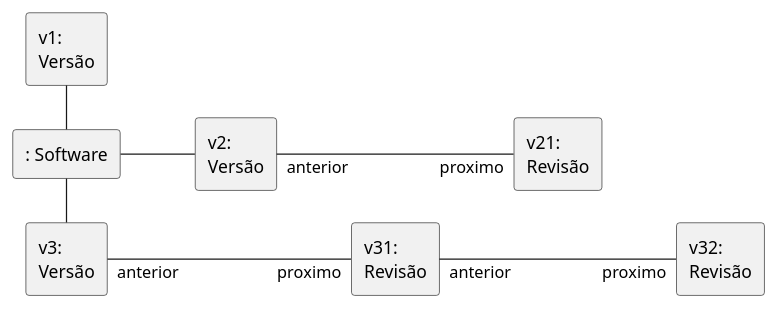
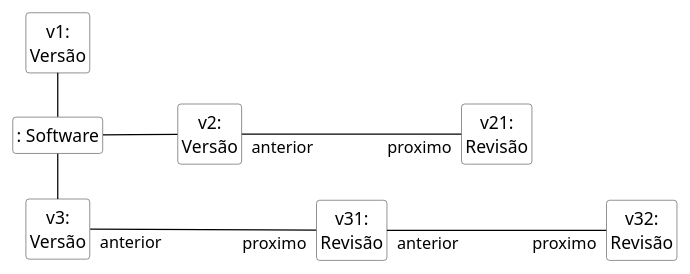
The diagram in imagens/modelos-07/mod07ima09/mod07ima09.plantuml (kyriosdata/oo), drawn with PlantUML before and after one commit. The commit also changed 4 other files, not shown here.

```diff
--- a/imagens/modelos-07/mod07ima09/mod07ima09.plantuml
+++ b/imagens/modelos-07/mod07ima09/mod07ima09.plantuml
@@ -1,16 +1,25 @@
 @startuml mod07ima09
-rectangle "v1:\nVersão" as v1
-rectangle ": Software" as so
-rectangle "v2:\nVersão" as v2
-rectangle "v21:\nRevisão" as v21
-rectangle "v3:\nVersão" as v3
-rectangle "v31:\nRevisão" as v31
-rectangle "v32:\nRevisão" as v32
+hide circle
+hide methods
+hide empty members
+
+skinparam class {
+    BackgroundColor White
+    ArrowColor Black
+    BorderColor #505050
+}
+class "v1:\nVersão" as v1
+class ": Software" as so
+class "v2:\nVersão" as v2
+class "v21:\nRevisão" as v21
+class "v3:\nVersão" as v3
+class "v31:\nRevisão" as v31
+class "v32:\nRevisão" as v32
 left to right direction
 v1 -right-so
 so -- v2
 v2 "anterior"---"proximo"v21
 so -right- v3
 v3 "anterior"---"proximo"v31
 v31 "anterior"---"proximo"v32
 @enduml
```
